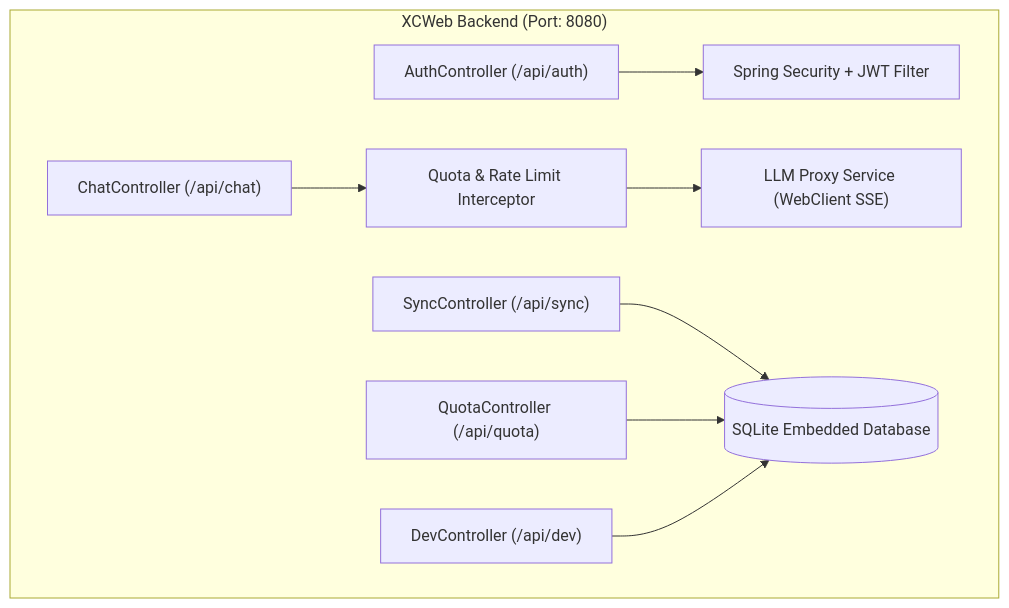
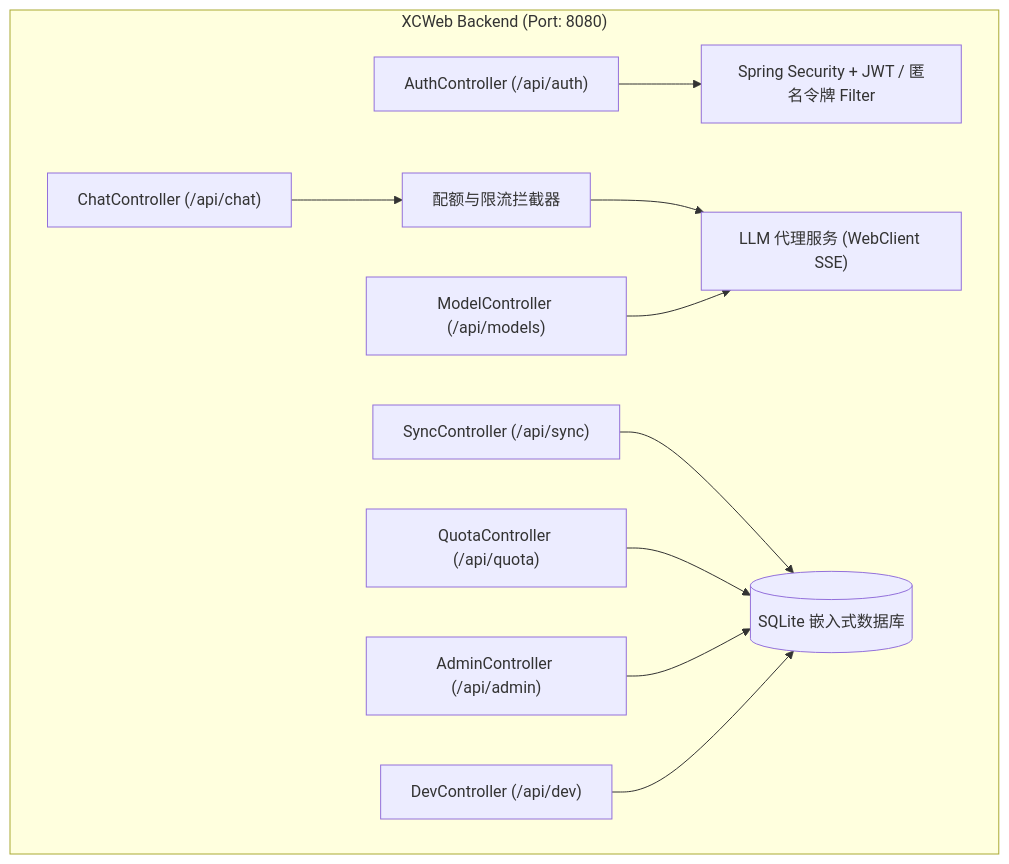
The diagram in docs/PRD.md (gyb0619/XCWeb), drawn with Mermaid before and after one commit. The commit also changed other lines of this file and 83 other files, not shown here.

Commit message:
feat: complete XCWeb full-stack implementation with multi-agent architecture

````diff
--- a/docs/PRD.md
+++ b/docs/PRD.md
@@ -131,23 +202,27 @@
 ```mermaid
 graph TD
     subgraph SpringBootApp["XCWeb Backend (Port: 8080)"]
         AuthController["AuthController (/api/auth)"]
         ChatController["ChatController (/api/chat)"]
+        ModelController["ModelController (/api/models)"]
         SyncController["SyncController (/api/sync)"]
         QuotaController["QuotaController (/api/quota)"]
+        AdminController["AdminController (/api/admin)"]
         DevController["DevController (/api/dev)"]
-        
-        Security["Spring Security + JWT Filter"]
-        RateLimiter["Quota & Rate Limit Interceptor"]
-        LLMService["LLM Proxy Service (WebClient SSE)"]
-        
-        DB[(SQLite Embedded Database)]
+
+        Security["Spring Security + JWT / 匿名令牌 Filter"]
+        RateLimiter["配额与限流拦截器"]
+        LLMService["LLM 代理服务 (WebClient SSE)"]
+
+        DB[(SQLite 嵌入式数据库)]
     end
 
     AuthController --> Security
     ChatController --> RateLimiter
     RateLimiter --> LLMService
+    ModelController --> LLMService
     SyncController --> DB
     QuotaController --> DB
+    AdminController --> DB
     DevController --> DB
 ```
````
